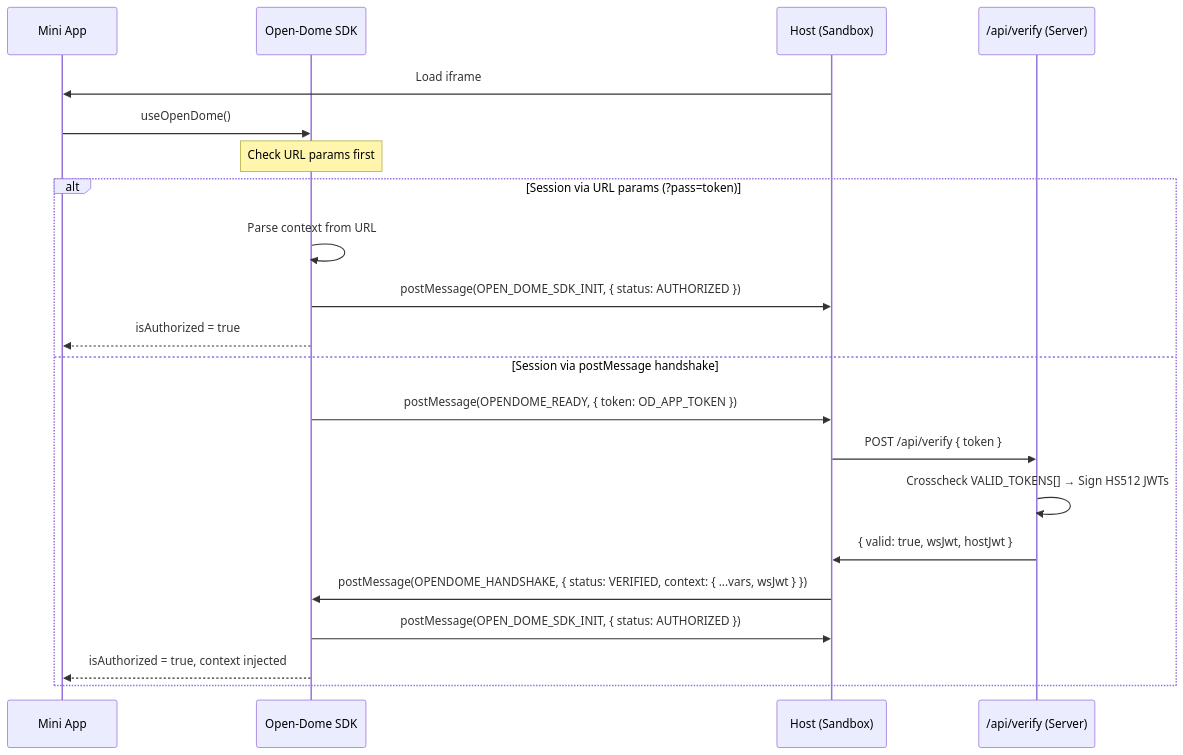
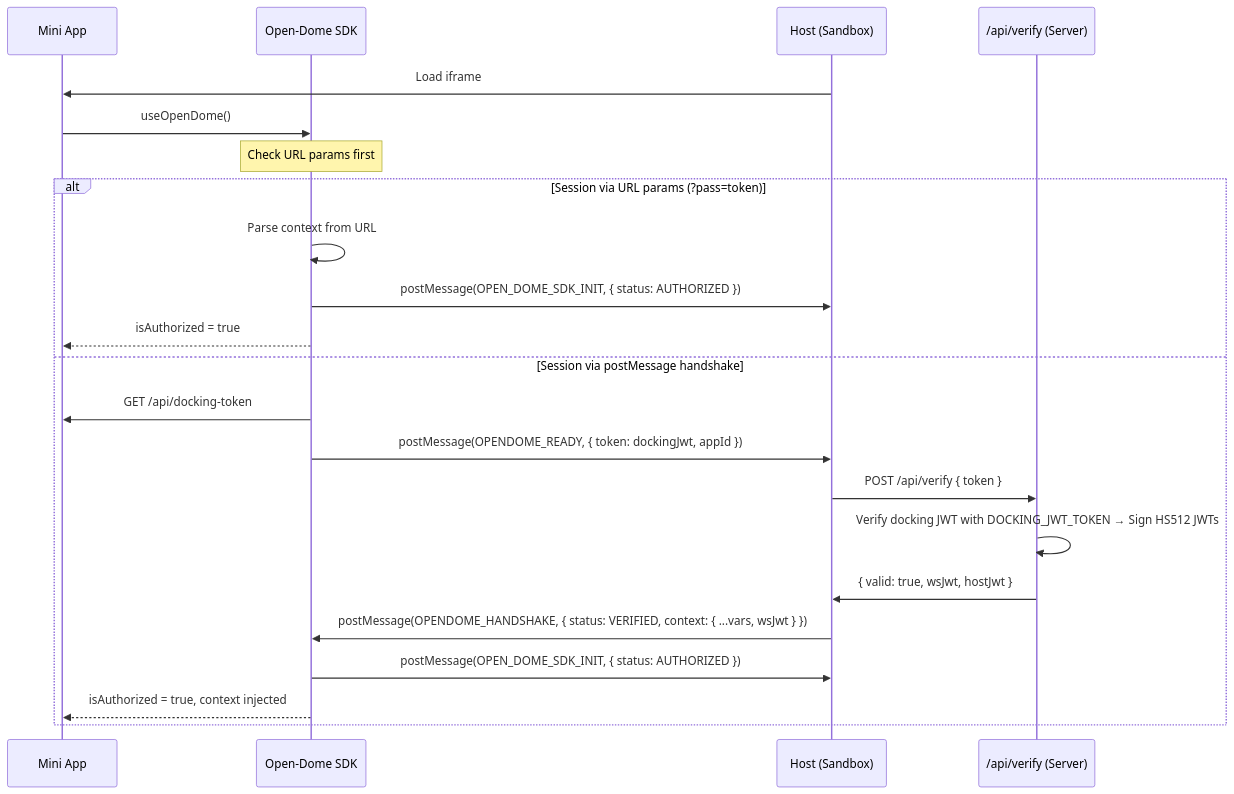
One commit to Effisend-Labs/Open-Dome changed the first of 4 diagrams in open-dome-lib/README.md. Above: the diagram before and after it, drawn with Mermaid. The commit also changed other lines of this file and 140 other files, not shown here.

First line of the commit message:
Replace bearer docking tokens with host-issued JWTs and auto host URLs.

````diff
--- a/open-dome-lib/README.md
+++ b/open-dome-lib/README.md
@@ -22,24 +22,25 @@
 ```mermaid
 sequenceDiagram
     participant MiniApp as Mini App
     participant SDK as Open-Dome SDK
     participant Host as Host (Sandbox)
     participant API as /api/verify (Server)
 
     Host->>MiniApp: Load iframe
     MiniApp->>SDK: useOpenDome()
     Note over SDK: Check URL params first
     alt Session via URL params (?pass=token)
         SDK->>SDK: Parse context from URL
         SDK->>Host: postMessage(OPEN_DOME_SDK_INIT, { status: AUTHORIZED })
         SDK-->>MiniApp: isAuthorized = true
     else Session via postMessage handshake
-        SDK->>Host: postMessage(OPENDOME_READY, { token: OD_APP_TOKEN })
+        SDK->>MiniApp: GET /api/docking-token
+        SDK->>Host: postMessage(OPENDOME_READY, { token: dockingJwt, appId })
         Host->>API: POST /api/verify { token }
-        API->>API: Crosscheck VALID_TOKENS[] → Sign HS512 JWTs
+        API->>API: Verify docking JWT with DOCKING_JWT_TOKEN → Sign HS512 JWTs
         API->>Host: { valid: true, wsJwt, hostJwt }
         Host->>SDK: postMessage(OPENDOME_HANDSHAKE, { status: VERIFIED, context: { ...vars, wsJwt } })
         SDK->>Host: postMessage(OPEN_DOME_SDK_INIT, { status: AUTHORIZED })
         SDK-->>MiniApp: isAuthorized = true, context injected
     end
 ```
````
